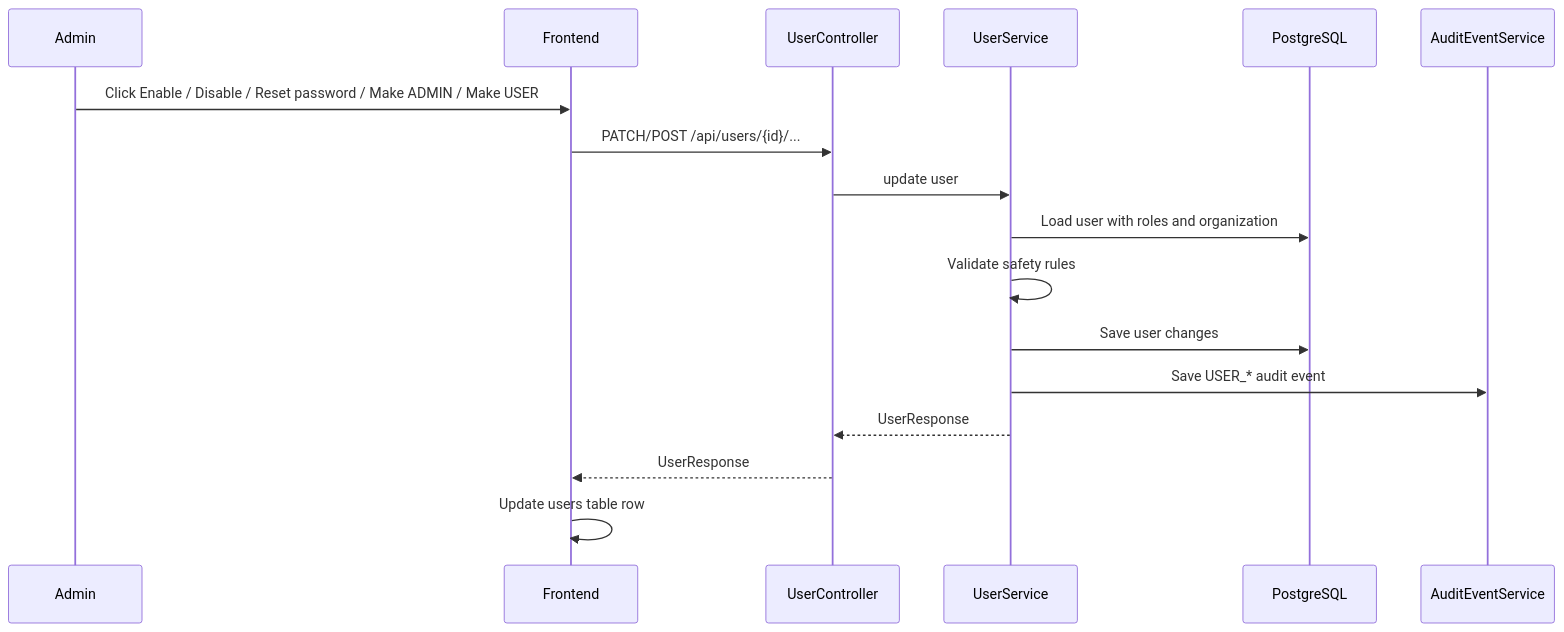
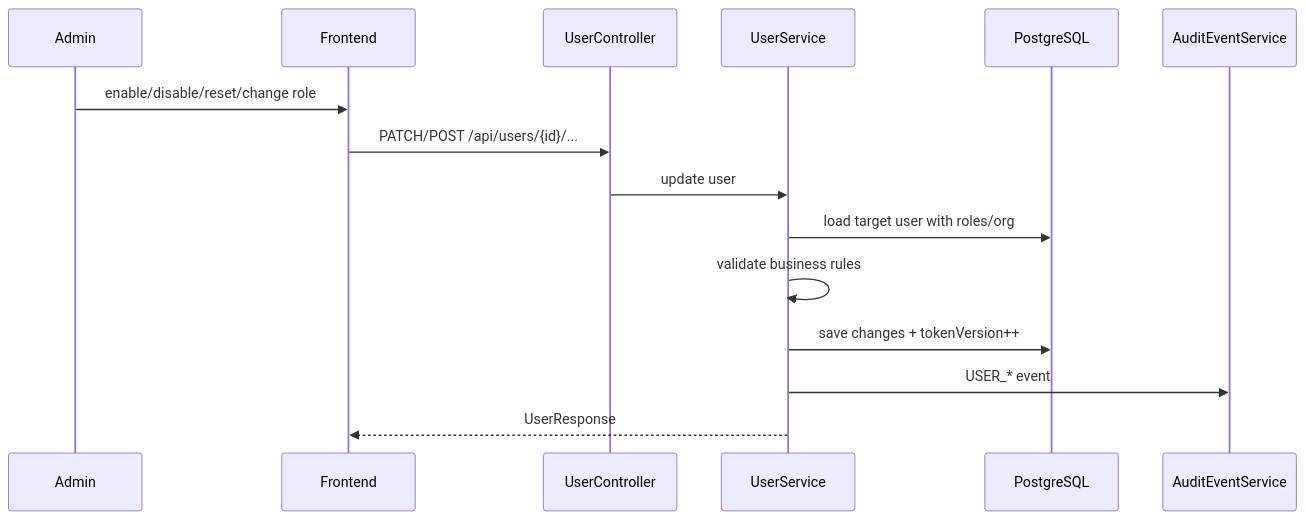
One commit to Amid-1/Safeai-desk changed the fifth of 6 diagrams in README.md. Above: the diagram before and after it, drawn with Mermaid. The commit also changed other lines of this file and 83 other files, not shown here.

````diff
--- a/README.md
+++ b/README.md
@@ -262,20 +440,18 @@
 ```mermaid
 sequenceDiagram
-    participant Admin
-    participant Frontend
-    participant Controller as UserController
-    participant Service as UserService
+    participant A as Admin
+    participant F as Frontend
+    participant C as UserController
+    participant S as UserService
     participant DB as PostgreSQL
-    participant Audit as AuditEventService
+    participant AUD as AuditEventService
 
-    Admin->>Frontend: Click Enable / Disable / Reset password / Make ADMIN / Make USER
-    Frontend->>Controller: PATCH/POST /api/users/{id}/...
-    Controller->>Service: update user
-    Service->>DB: Load user with roles and organization
-    Service->>Service: Validate safety rules
-    Service->>DB: Save user changes
-    Service->>Audit: Save USER_* audit event
-    Service-->>Controller: UserResponse
-    Controller-->>Frontend: UserResponse
-    Frontend->>Frontend: Update users table row
+    A->>F: enable/disable/reset/change role
+    F->>C: PATCH/POST /api/users/{id}/...
+    C->>S: update user
+    S->>DB: load target user with roles/org
+    S->>S: validate business rules
+    S->>DB: save changes + tokenVersion++
+    S->>AUD: USER_* event
+    S-->>F: UserResponse
 ```
````
